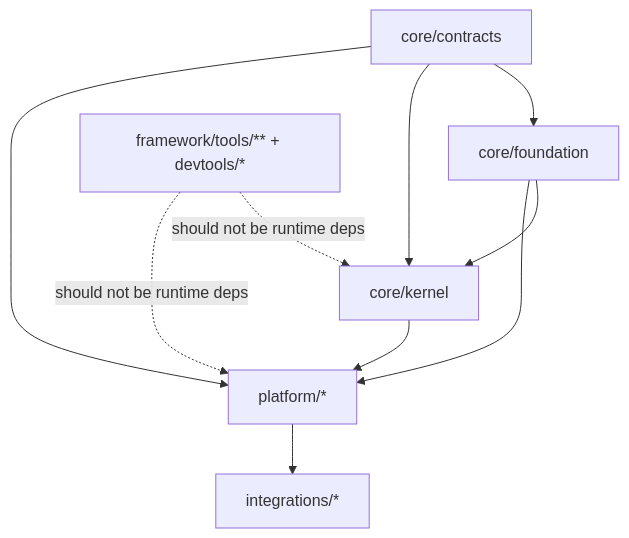
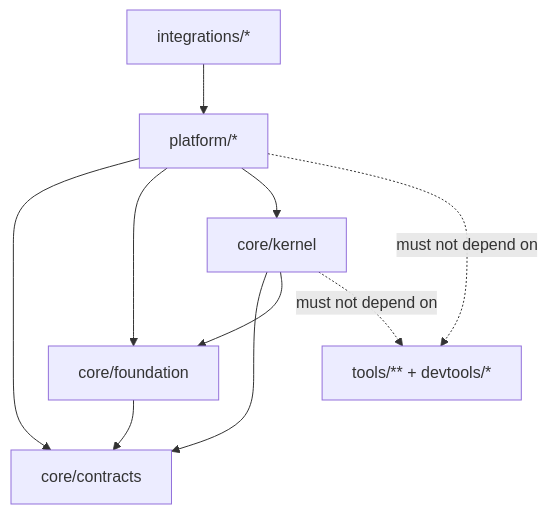
One commit to coretsia/monorepo changed the diagram in docs/guides/dependency-graph.md. Above: the diagram before and after it, drawn with Mermaid. The commit also changed other lines of this file and 1690 other files, not shown here.

````diff
--- a/docs/guides/dependency-graph.md
+++ b/docs/guides/dependency-graph.md
@@ -120,15 +130,16 @@
 ```mermaid
 flowchart TB
-  Contracts[core/contracts] --> Foundation[core/foundation]
-  Contracts --> Kernel[core/kernel]
-  Foundation --> Kernel
+  Foundation[core/foundation] --> Contracts[core/contracts]
 
-  Kernel --> Platform[platform/*]
-  Foundation --> Platform
-  Contracts --> Platform
+  Kernel[core/kernel] --> Contracts
+  Kernel --> Foundation
 
-  Platform --> Integrations[integrations/*]
+  Platform[platform/*] --> Contracts
+  Platform --> Foundation
+  Platform --> Kernel
 
-  Tooling[framework/tools/** + devtools/*] -. should not be runtime deps .-> Kernel
-  Tooling -. should not be runtime deps .-> Platform
+  Integrations[integrations/*] --> Platform
+
+  Kernel -. must not depend on .-> Tooling[tools/** + devtools/*]
+  Platform -. must not depend on .-> Tooling
 ```
````
